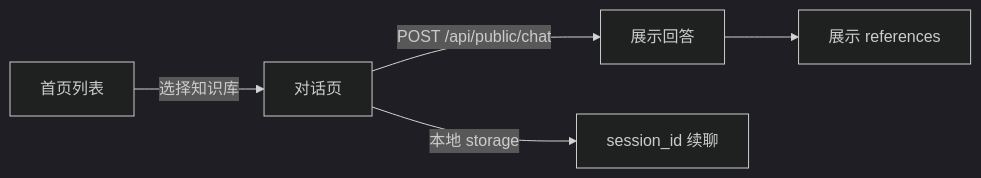
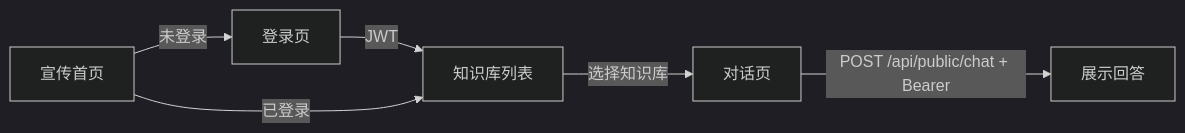
One commit to mrs-tian/ai-kb changed the diagram in uni-app/pages-modules.md. Above: the diagram before and after it, drawn with Mermaid (dark theme). The commit also changed other lines of this file and 34 other files, not shown here.

````diff
--- a/uni-app/pages-modules.md
+++ b/uni-app/pages-modules.md
@@ -19,7 +21,8 @@
 ```mermaid
 flowchart LR
-    A[首页列表] -->|选择知识库| B[对话页]
-    B -->|POST /api/public/chat| C[展示回答]
-    C --> D[展示 references]
-    B -->|本地 storage| E[session_id 续聊]
+    A[宣传首页] -->|未登录| B[登录页]
+    B -->|JWT| C[知识库列表]
+    A -->|已登录| C
+    C -->|选择知识库| D[对话页]
+    D -->|POST /api/public/chat + Bearer| E[展示回答]
 ```
````
